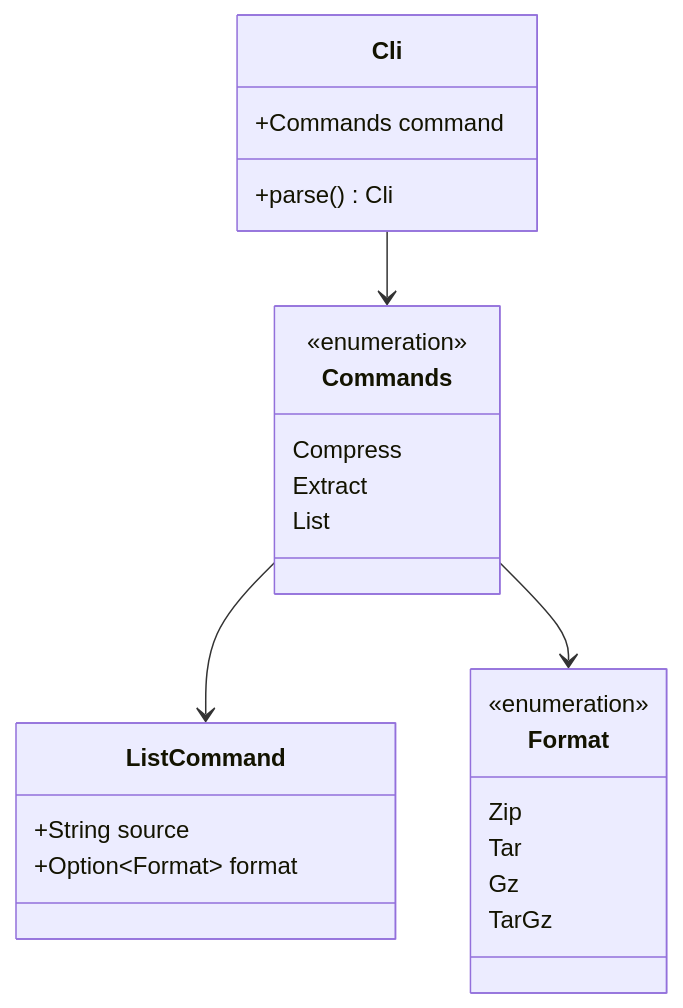
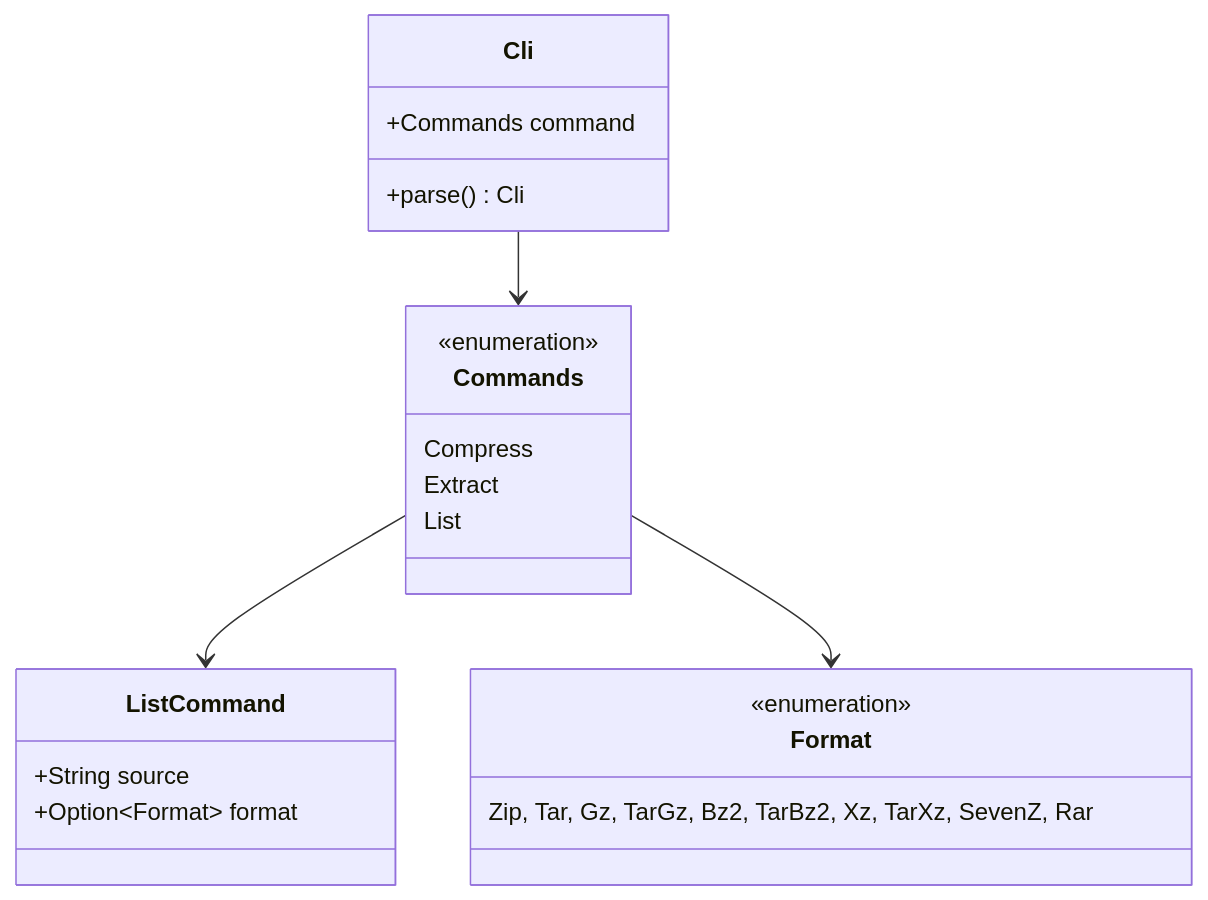
One commit to zhangjiacai-hub/myArchive changed the second of 14 diagrams in .qoder/repowiki/zh/content/核心功能实现/列表功能实现.md. Above: the diagram before and after it, drawn with Mermaid. The commit also changed other lines of this file and 6 other files, not shown here.

````diff
--- a/.qoder/repowiki/zh/content/核心功能实现/列表功能实现.md
+++ b/.qoder/repowiki/zh/content/核心功能实现/列表功能实现.md
@@ -75,27 +109,24 @@
 ```mermaid
 classDiagram
 class Cli {
 +Commands command
 +parse() Cli
 }
 class Commands {
 <<enumeration>>
 Compress
 Extract
 List
 }
 class Format {
 <<enumeration>>
-Zip
-Tar
-Gz
-TarGz
+Zip, Tar, Gz, TarGz, Bz2, TarBz2, Xz, TarXz, SevenZ, Rar
 }
 class ListCommand {
 +String source
 +Option~Format~ format
 }
 Cli --> Commands
 Commands --> ListCommand
 Commands --> Format
 ```
````
